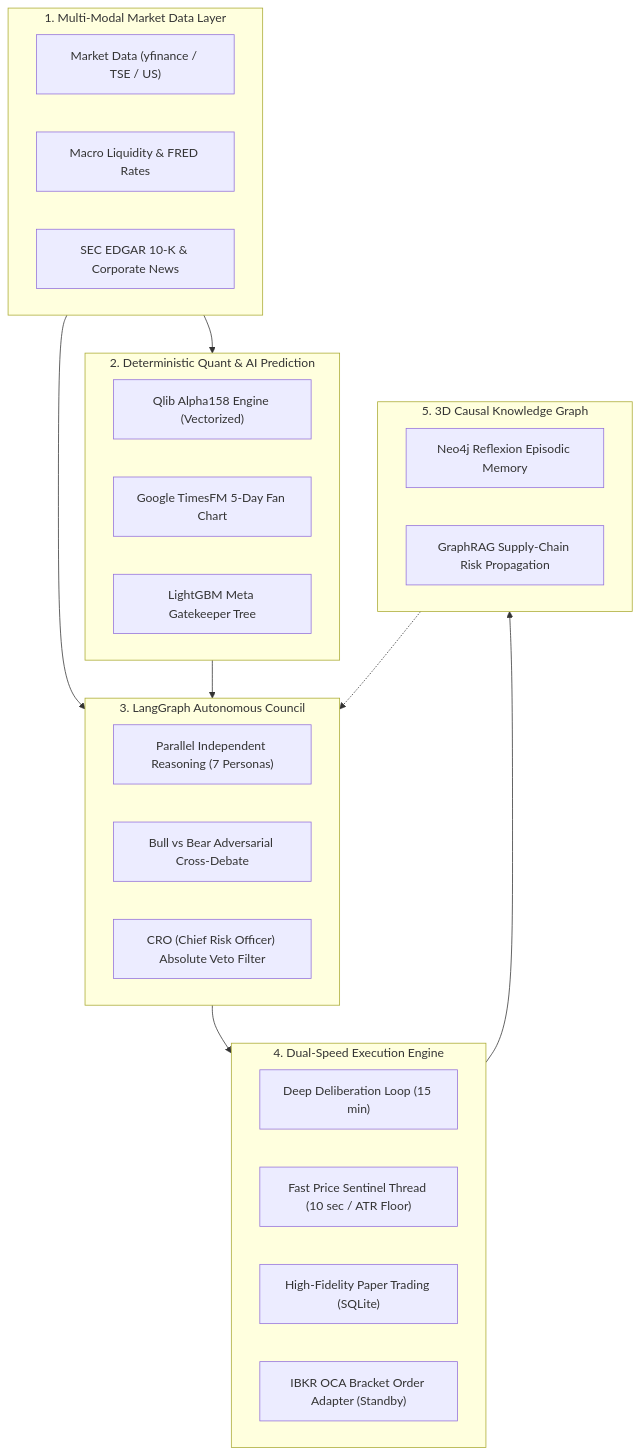
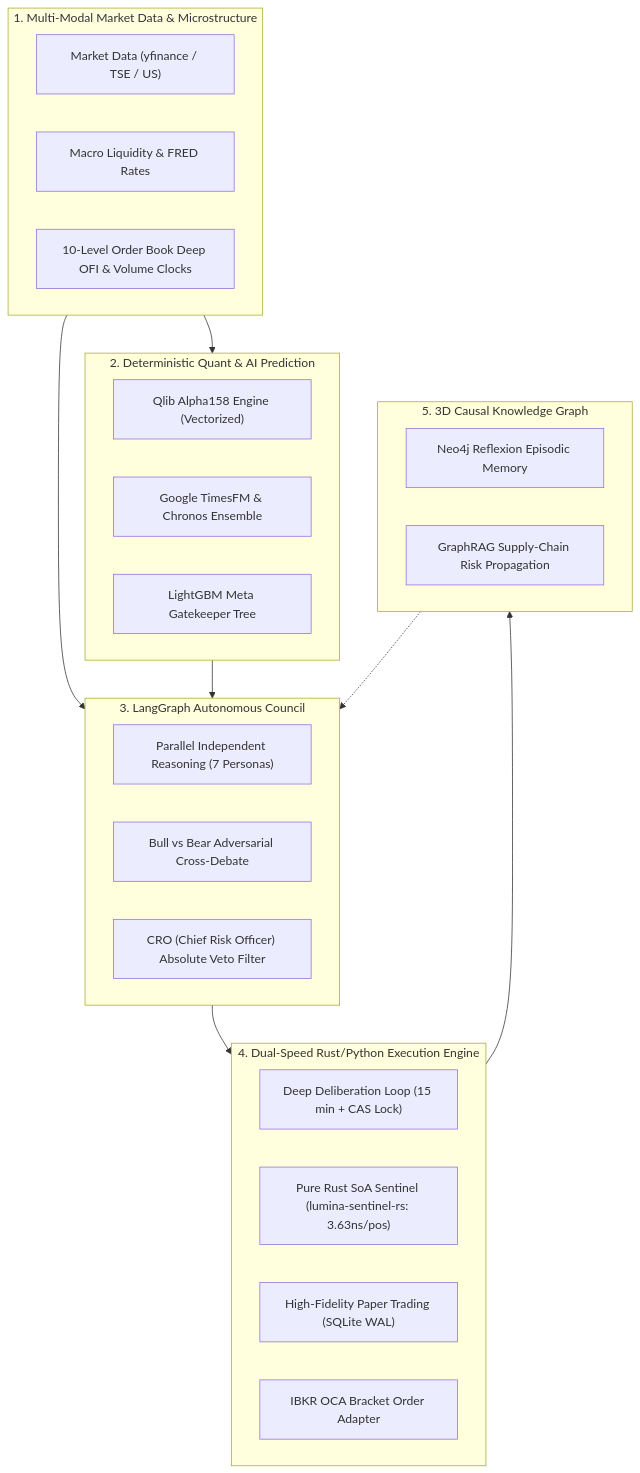
One commit to ramuza0113-sketch/lumina-ai-hedge-fund changed the diagram in README.md. Above: the diagram before and after it, drawn with Mermaid. The commit also changed other lines of this file and 4 other files, not shown here.

Commit message:
feat(v6.4): sync Deep OFI, Volume Clock Sniper, CAS Concurrency Controller & update README with Rust SoA benchmarks

````diff
--- a/README.md
+++ b/README.md
@@ -77,39 +80,39 @@
 ```mermaid
 flowchart TD
-    subgraph DataFeeds ["1. Multi-Modal Market Data Layer"]
+    subgraph DataFeeds ["1. Multi-Modal Market Data & Microstructure"]
         A1["Market Data (yfinance / TSE / US)"]
         A2["Macro Liquidity & FRED Rates"]
-        A3["SEC EDGAR 10-K & Corporate News"]
+        A3["10-Level Order Book Deep OFI & Volume Clocks"]
     end
 
     subgraph QuantEngine ["2. Deterministic Quant & AI Prediction"]
         B1["Qlib Alpha158 Engine (Vectorized)"]
-        B2["Google TimesFM 5-Day Fan Chart"]
+        B2["Google TimesFM & Chronos Ensemble"]
         B3["LightGBM Meta Gatekeeper Tree"]
     end
 
     subgraph AgentCouncil ["3. LangGraph Autonomous Council"]
         C1["Parallel Independent Reasoning (7 Personas)"]
         C2["Bull vs Bear Adversarial Cross-Debate"]
         C3["CRO (Chief Risk Officer) Absolute Veto Filter"]
     end
 
-    subgraph ExecutionLayer ["4. Dual-Speed Execution Engine"]
-        D1["Deep Deliberation Loop (15 min)"]
-        D2["Fast Price Sentinel Thread (10 sec / ATR Floor)"]
-        D3["High-Fidelity Paper Trading (SQLite)"]
-        D4["IBKR OCA Bracket Order Adapter (Standby)"]
+    subgraph ExecutionLayer ["4. Dual-Speed Rust/Python Execution Engine"]
+        D1["Deep Deliberation Loop (15 min + CAS Lock)"]
+        D2["Pure Rust SoA Sentinel (lumina-sentinel-rs: 3.63ns/pos)"]
+        D3["High-Fidelity Paper Trading (SQLite WAL)"]
+        D4["IBKR OCA Bracket Order Adapter"]
     end
 
     subgraph KnowledgeMemory ["5. 3D Causal Knowledge Graph"]
         E1["Neo4j Reflexion Episodic Memory"]
         E2["GraphRAG Supply-Chain Risk Propagation"]
     end
 
     DataFeeds --> QuantEngine
     DataFeeds --> AgentCouncil
     QuantEngine --> AgentCouncil
     AgentCouncil --> ExecutionLayer
     ExecutionLayer --> KnowledgeMemory
     KnowledgeMemory -.-> AgentCouncil
 ```
````
